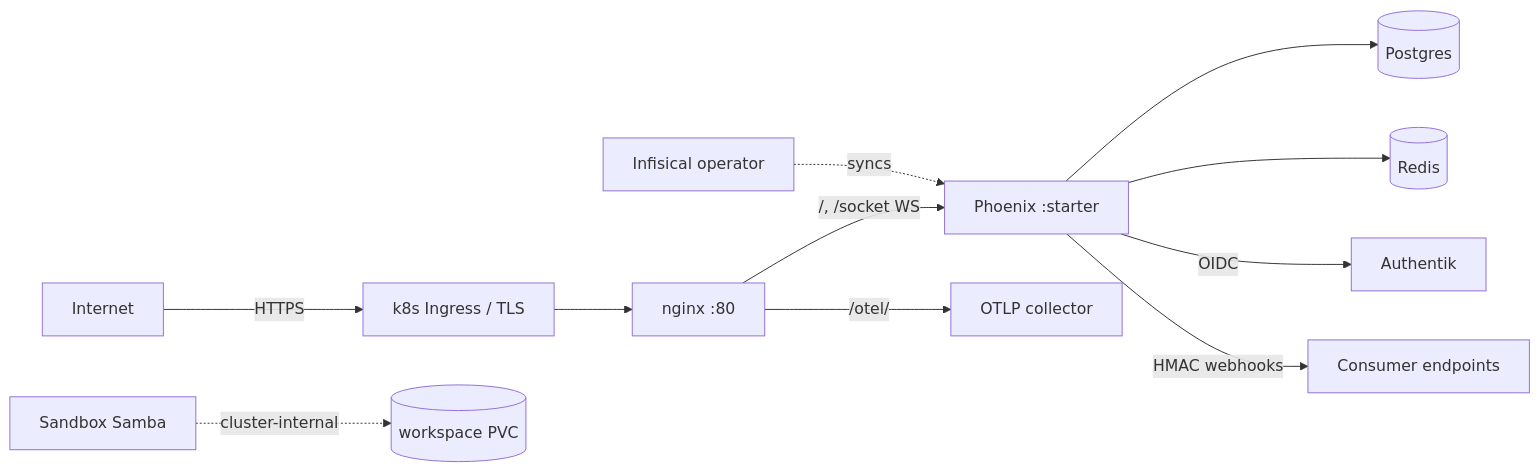
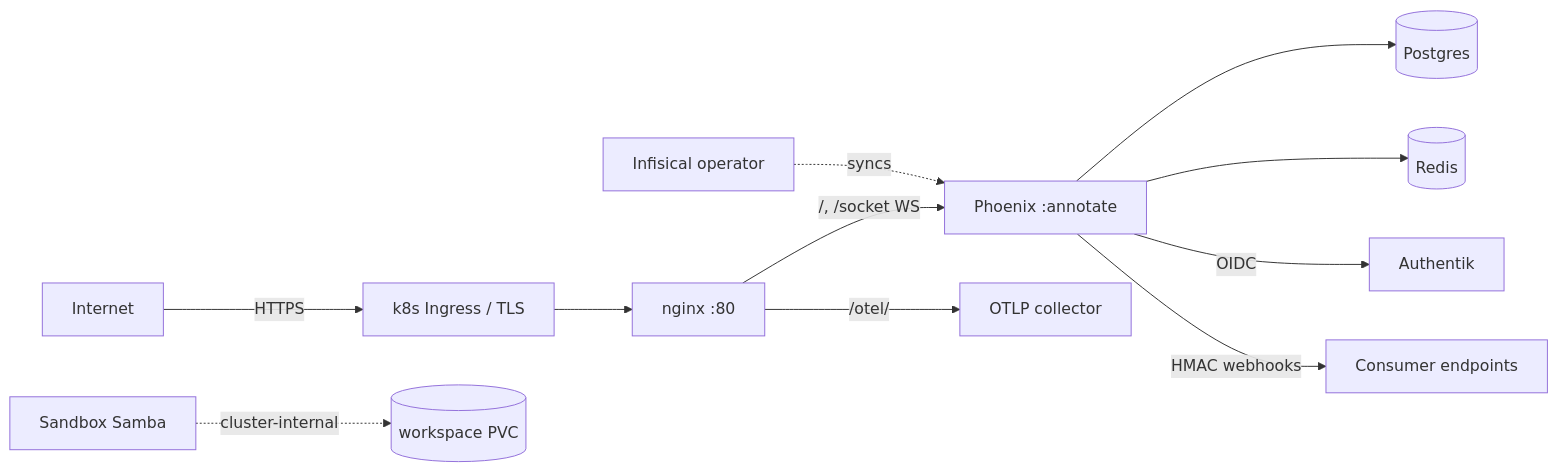
One commit to the-robot-shares/annotate changed the diagram in docs/THREAT-MODEL.md. Above: the diagram before and after it, drawn with Mermaid. The commit also changed other lines of this file and 474 other files, not shown here.

Commit message:
chore(hydration): rename scaffold identity to Annotate (Starter->Annotate), chart + hosts annotate/annotate-srv.therobotlives.com, provenance

````diff
--- a/docs/THREAT-MODEL.md
+++ b/docs/THREAT-MODEL.md
@@ -17,13 +17,13 @@
 ```mermaid
 graph LR
     Internet -->|HTTPS| Ing[k8s Ingress / TLS]
     Ing --> Ng[nginx :80]
-    Ng -->|"/, /socket WS"| BE[Phoenix :starter]
+    Ng -->|"/, /socket WS"| BE[Phoenix :annotate]
     Ng -->|"/otel/"| OTel[OTLP collector]
     BE --> PG[(Postgres)]
     BE --> RD[(Redis)]
     BE -->|OIDC| IdP[Authentik]
     BE -->|HMAC webhooks| WH[Consumer endpoints]
     SBX[Sandbox Samba] -.cluster-internal.-> PVC[(workspace PVC)]
     Infis[Infisical operator] -.syncs.-> BE
 ```
````
